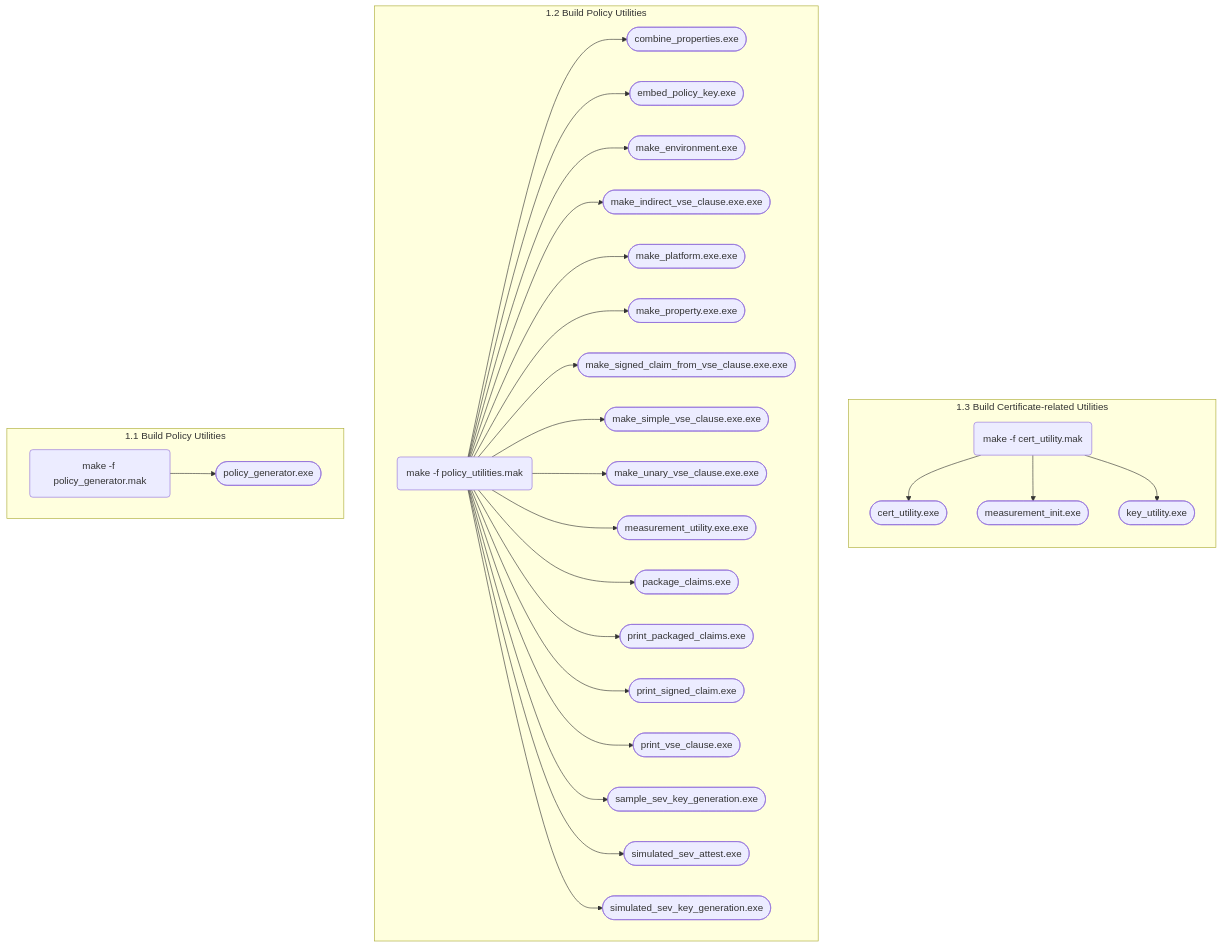
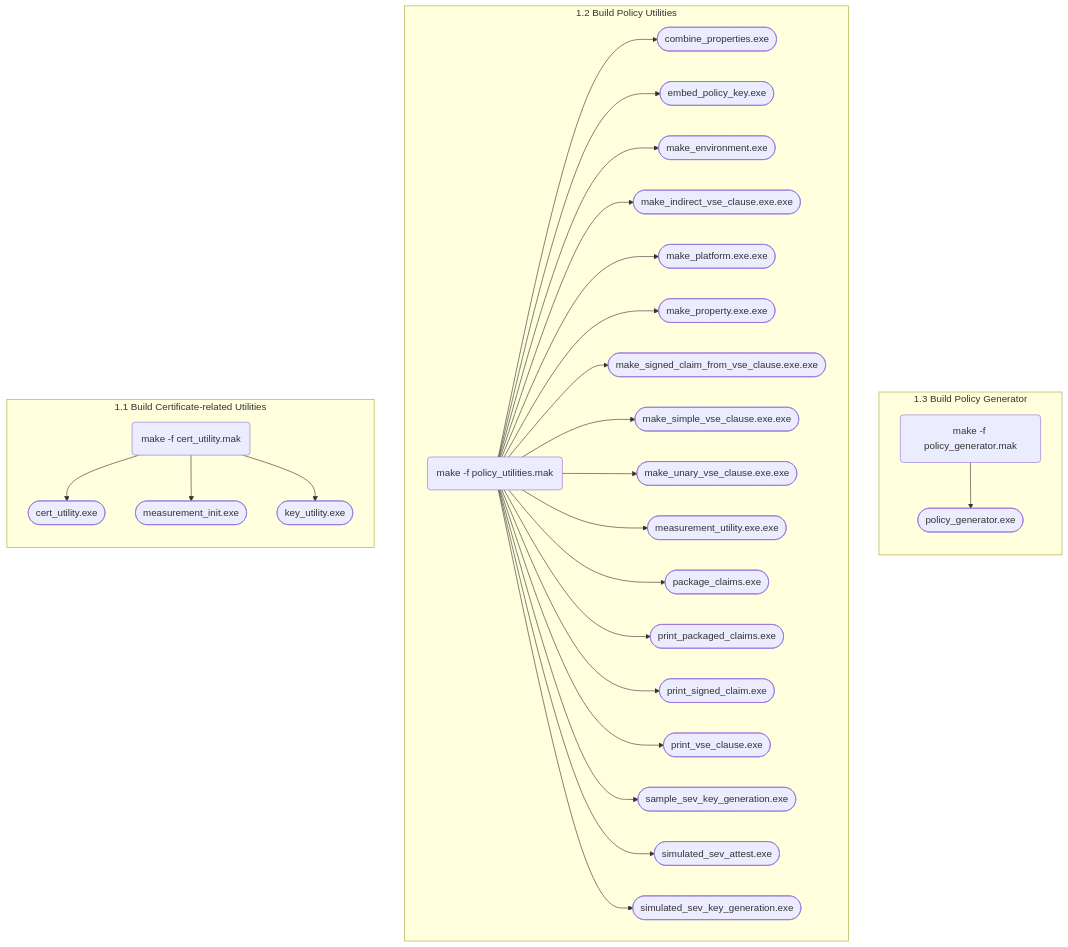
Before and after one commit to georgievaVMW/certifier-framework-for-confidential-computing: the first of 2 diagrams in sample_apps/simple_app/instructions.md, drawn with Mermaid. The commit also changed other lines of this file, not shown here.

````diff
--- a/sample_apps/simple_app/instructions.md
+++ b/sample_apps/simple_app/instructions.md
@@ -41,37 +41,37 @@
 ```mermaid
-flowchart
+flowchart TB
 
-  subgraph 1.3 Build Certificate-related Utilities
+  subgraph 1.3 Build Policy Generator
   direction TB
-    id1(make -f cert_utility.mak) --> id11([cert_utility.exe])
-    id1(make -f cert_utility.mak) --> id12([measurement_init.exe])
-    id1(make -f cert_utility.mak) --> id13([key_utility.exe])
+    id3(make -f policy_generator.mak) --> id31([policy_generator.exe])
   end
 
   subgraph 1.2 Build Policy Utilities
   direction LR
     id2(make -f policy_utilities.mak) --> id21([combine_properties.exe])
     id2(make -f policy_utilities.mak) --> id22([embed_policy_key.exe])
     id2(make -f policy_utilities.mak) --> id23([make_environment.exe])
     id2(make -f policy_utilities.mak) --> id24([make_indirect_vse_clause.exe.exe])
     id2(make -f policy_utilities.mak) --> id25([make_platform.exe.exe])
     id2(make -f policy_utilities.mak) --> id26([make_property.exe.exe])
     id2(make -f policy_utilities.mak) --> id27([make_signed_claim_from_vse_clause.exe.exe])
     id2(make -f policy_utilities.mak) --> id28([make_simple_vse_clause.exe.exe])
     id2(make -f policy_utilities.mak) --> id29([make_unary_vse_clause.exe.exe])
     id2(make -f policy_utilities.mak) --> id210([measurement_utility.exe.exe])
     id2(make -f policy_utilities.mak) --> id211([package_claims.exe])
     id2(make -f policy_utilities.mak) --> id212([print_packaged_claims.exe])
     id2(make -f policy_utilities.mak) --> id213([print_signed_claim.exe])
     id2(make -f policy_utilities.mak) --> id214([print_vse_clause.exe])
     id2(make -f policy_utilities.mak) --> id215([sample_sev_key_generation.exe])
     id2(make -f policy_utilities.mak) --> id216([simulated_sev_attest.exe])
     id2(make -f policy_utilities.mak) --> id217([simulated_sev_key_generation.exe])
   end
 
-  subgraph 1.1 Build Policy Utilities
-  direction LR
-    id3(make -f policy_generator.mak) --> id31([policy_generator.exe])
+  subgraph 1.1 Build Certificate-related Utilities
+  direction TB
+    id1(make -f cert_utility.mak) --> id11([cert_utility.exe])
+    id1(make -f cert_utility.mak) --> id12([measurement_init.exe])
+    id1(make -f cert_utility.mak) --> id13([key_utility.exe])
   end
 
 ```
````
